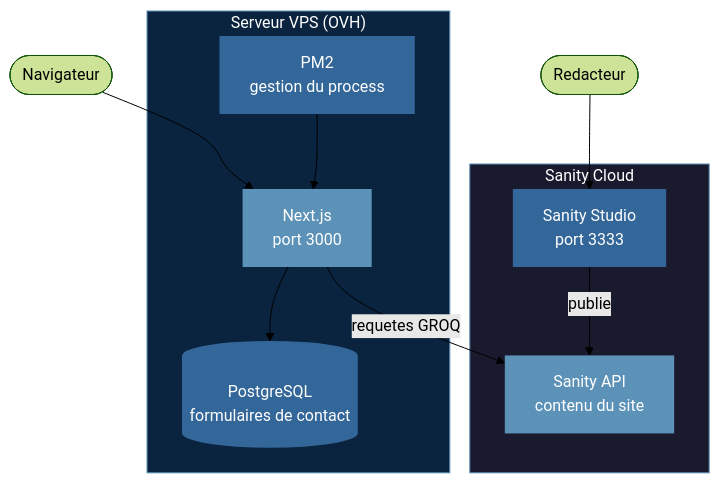
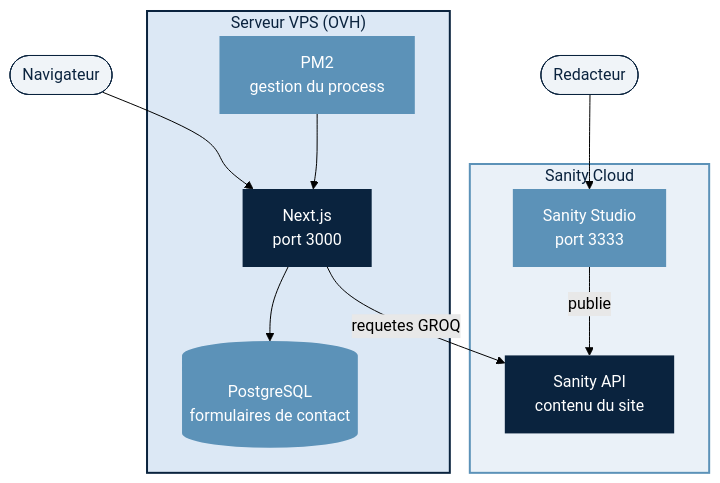
One commit to trinexta-org/trinexta-website changed the diagram in docs/architecture.md. Above: the diagram before and after it, drawn with Mermaid (forest theme).

Commit message:
docs: corriger les couleurs du schema mermaid

````diff
--- a/docs/architecture.md
+++ b/docs/architecture.md
@@ -7,29 +7,31 @@
 ```mermaid
 flowchart TD
     A([Navigateur]) --> B
 
     subgraph VPS["Serveur VPS (OVH)"]
         B["Next.js\nport 3000"]
         D[("PostgreSQL\nformulaires de contact")]
         E["PM2\ngestion du process"]
         E --> B
         B --> D
     end
 
     subgraph Cloud["Sanity Cloud"]
         C["Sanity API\ncontenu du site"]
         F["Sanity Studio\nport 3333"]
         F -->|publie| C
     end
 
     B -->|requetes GROQ| C
     G(["Redacteur"]) --> F
 
-    style VPS fill:#0a233e,color:#fff,stroke:#5c92b8
-    style Cloud fill:#1a1a2e,color:#fff,stroke:#5c92b8
-    style B fill:#5c92b8,color:#fff,stroke:none
-    style C fill:#5c92b8,color:#fff,stroke:none
-    style D fill:#336699,color:#fff,stroke:none
-    style E fill:#336699,color:#fff,stroke:none
-    style F fill:#336699,color:#fff,stroke:none
+    style VPS fill:#dce8f5,color:#0a233e,stroke:#0a233e,stroke-width:2px
+    style Cloud fill:#eaf1f8,color:#0a233e,stroke:#5c92b8,stroke-width:2px
+    style A fill:#f0f4f8,color:#0a233e,stroke:#0a233e
+    style G fill:#f0f4f8,color:#0a233e,stroke:#0a233e
+    style B fill:#0a233e,color:#fff,stroke:none
+    style C fill:#0a233e,color:#fff,stroke:none
+    style D fill:#5c92b8,color:#fff,stroke:none
+    style E fill:#5c92b8,color:#fff,stroke:none
+    style F fill:#5c92b8,color:#fff,stroke:none
 ```
````
